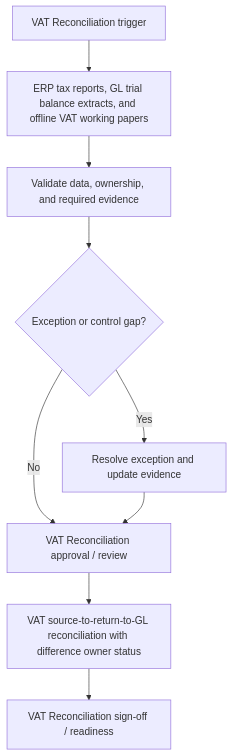
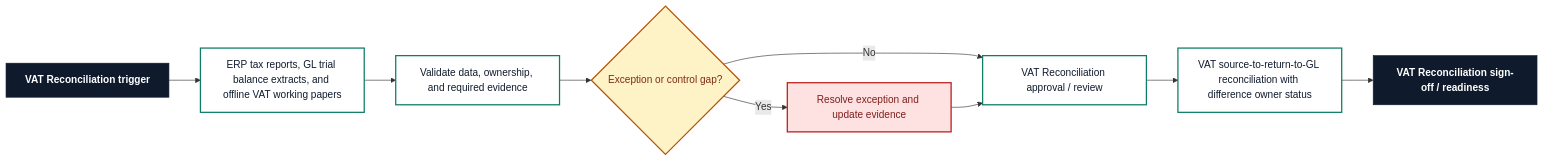
Before and after one commit to Chezhira/Finance-Systems-Requirements-Pack-Generator: the diagram in examples/generated_packs/vat_reconciliation_requirements_pack.md, drawn with Mermaid. The commit also changed 29 other files, not shown here.

````diff
--- a/examples/generated_packs/vat_reconciliation_requirements_pack.md
+++ b/examples/generated_packs/vat_reconciliation_requirements_pack.md
@@ -133,11 +133,19 @@
 ```mermaid
-flowchart TD
+flowchart LR
     A[VAT Reconciliation trigger] --> B[ERP tax reports, GL trial balance extracts, and offline VAT working papers]
     B --> C[Validate data, ownership, and required evidence]
     C --> D{Exception or control gap?}
     D -- Yes --> E[Resolve exception and update evidence]
     D -- No --> F[VAT Reconciliation approval / review]
     E --> F[VAT Reconciliation approval / review]
     F --> G[VAT source-to-return-to-GL reconciliation with difference owner status]
     G --> H[VAT Reconciliation sign-off / readiness]
+    class A,H gate
+    class B,C,F,G step
+    class D decide
+    class E fix
+    classDef gate fill:#0f1b2d,stroke:#0f1b2d,color:#ffffff,font-weight:600
+    classDef step fill:#ffffff,stroke:#0e7c66,color:#0f1b2d,stroke-width:2px
+    classDef decide fill:#fef3c7,stroke:#b45309,color:#7c2d12,stroke-width:2px
+    classDef fix fill:#fee2e2,stroke:#b91c1c,color:#7f1d1d,stroke-width:2px
 ```
````
